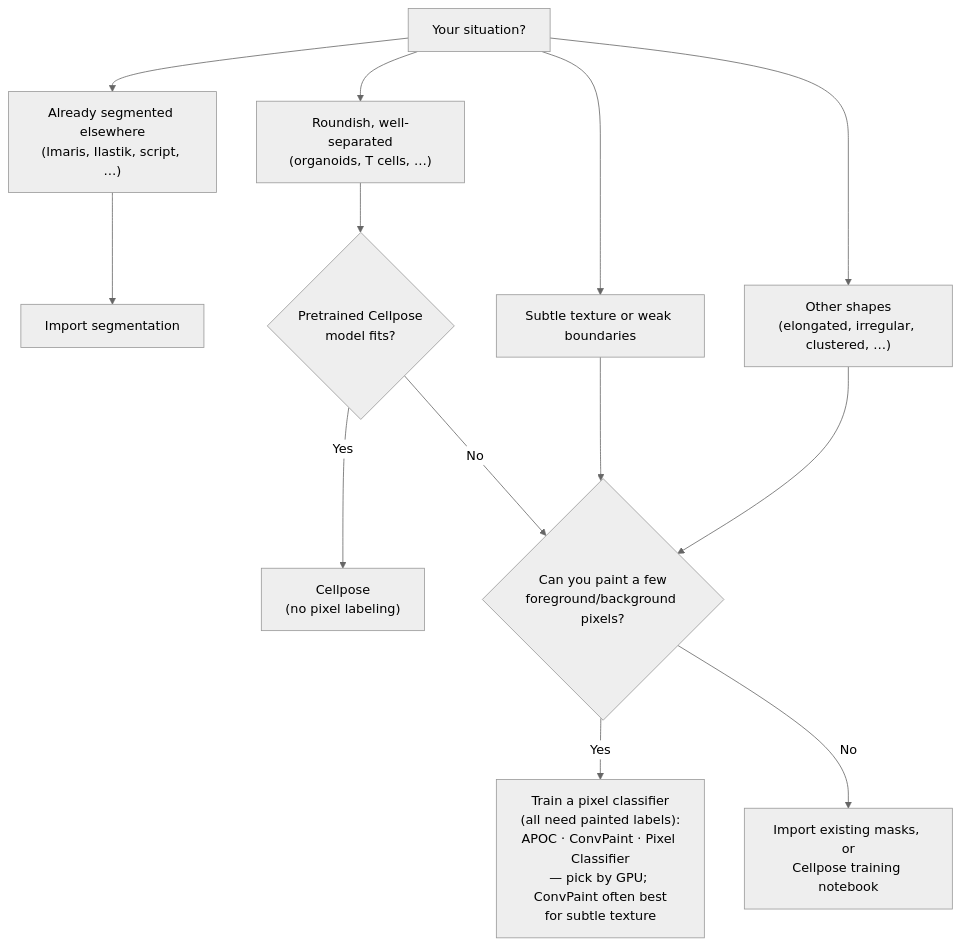
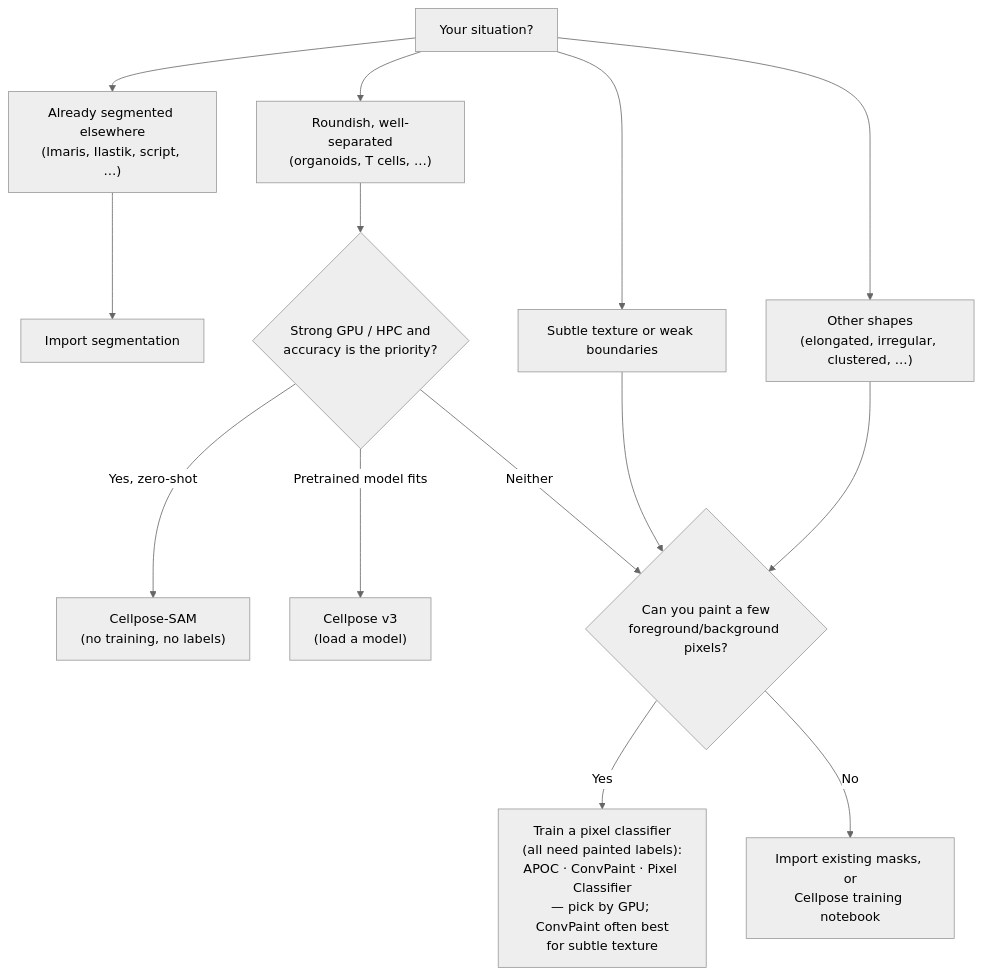
Before and after one commit to imAIgene-Dream3D/BEHAV3D: the diagram in docs/source/processing/segmentation/index.md, drawn with Mermaid (neutral theme). The commit also changed other lines of this file and 22 other files, not shown here.

````diff
--- a/docs/source/processing/segmentation/index.md
+++ b/docs/source/processing/segmentation/index.md
@@ -33,20 +38,21 @@
 ```{mermaid}
 flowchart TD
     A["Your situation?"] --> D["Already segmented elsewhere<br/>(Imaris, Ilastik, script, …)"]
     D --> J["Import segmentation"]
 
     A --> B["Roundish, well-separated<br/>(organoids, T cells, …)"]
     A --> C["Subtle texture or weak boundaries"]
     A --> E["Other shapes<br/>(elongated, irregular, clustered, …)"]
 
-    B --> F{"Pretrained Cellpose<br/>model fits?"}
-    F -- "Yes" --> Cellpose["Cellpose<br/>(no pixel labeling)"]
-    F -- "No" --> L
+    B --> G{"Strong GPU / HPC and<br/>accuracy is the priority?"}
+    G -- "Yes, zero-shot" --> SAM["Cellpose-SAM<br/>(no training, no labels)"]
+    G -- "Pretrained model fits" --> Cellpose["Cellpose v3<br/>(load a model)"]
+    G -- "Neither" --> L
 
     C --> L
     E --> L
 
     L{"Can you paint a few<br/>foreground/background pixels?"}
     L -- "Yes" --> PC["Train a pixel classifier<br/>(all need painted labels):<br/>APOC · ConvPaint · Pixel Classifier<br/>— pick by GPU; ConvPaint often best<br/>for subtle texture"]
     L -- "No" --> N["Import existing masks, or<br/>Cellpose training notebook"]
 ```
````
